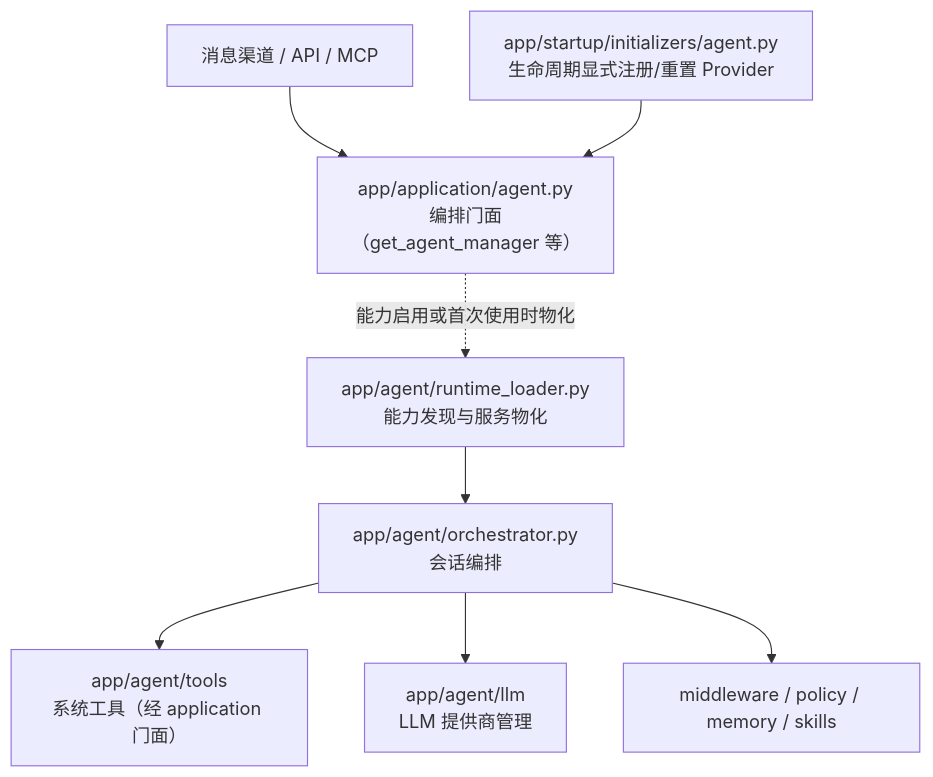
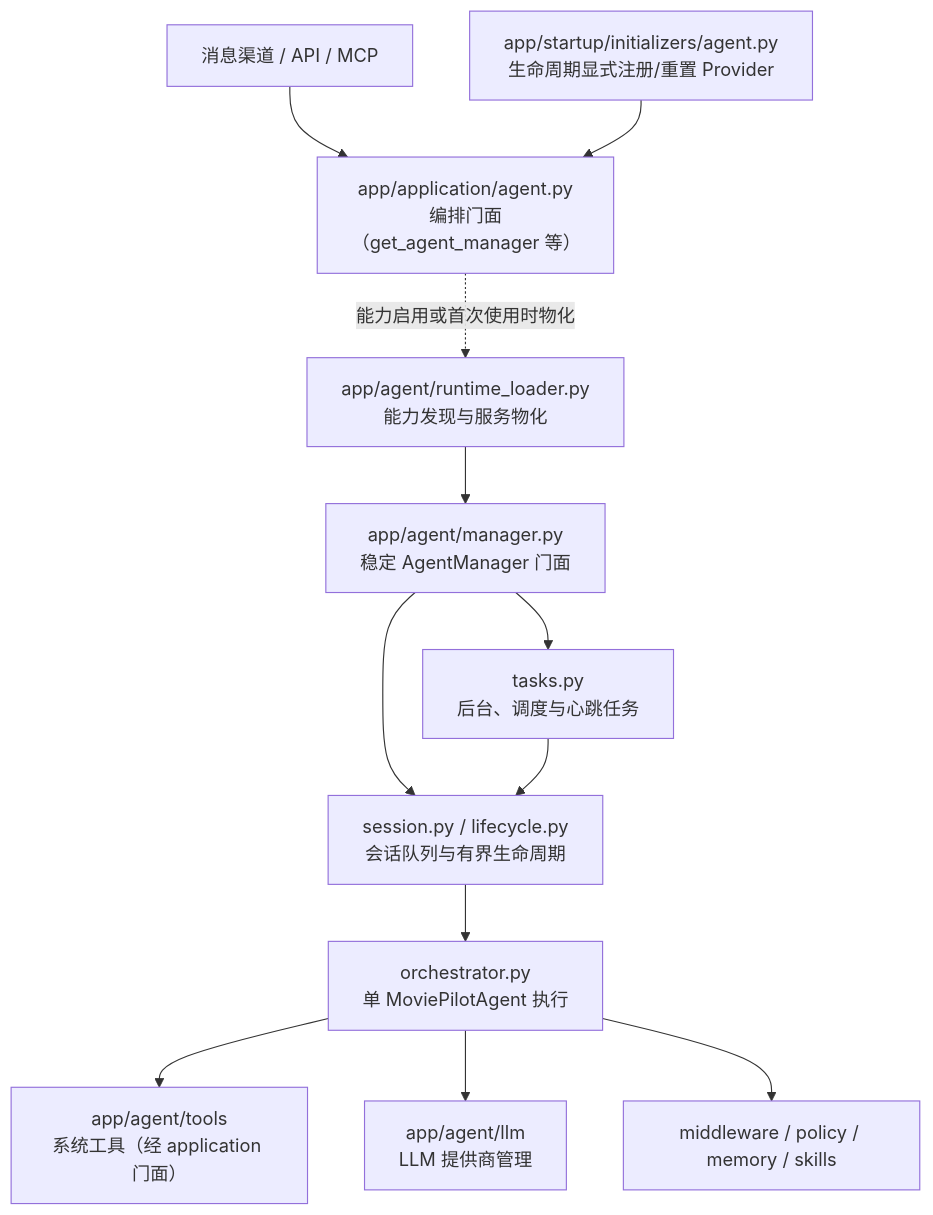
Before and after one commit to jxxghp/MoviePilot: diagram 12 of 14 in docs/architecture-overview.md, drawn with Mermaid. The commit also changed other lines of this file and 23 other files, not shown here.

Commit message:
refactor(agent): split manager runtime owners

````diff
--- a/docs/architecture-overview.md
+++ b/docs/architecture-overview.md
@@ -575,13 +575,17 @@
 ```mermaid
 flowchart TB
     Entry["消息渠道 / API / MCP"] --> Facade["app/application/agent.py<br/>编排门面（get_agent_manager 等）"]
     Reg["app/startup/initializers/agent.py<br/>生命周期显式注册/重置 Provider"]
     Reg --> Facade
     Facade -.能力启用或首次使用时物化.-> RT["app/agent/runtime_loader.py<br/>能力发现与服务物化"]
-    RT --> ORC["app/agent/orchestrator.py<br/>会话编排"]
+    RT --> Manager["app/agent/manager.py<br/>稳定 AgentManager 门面"]
+    Manager --> Session["session.py / lifecycle.py<br/>会话队列与有界生命周期"]
+    Manager --> Tasks["tasks.py<br/>后台、调度与心跳任务"]
+    Session --> ORC["orchestrator.py<br/>单 MoviePilotAgent 执行"]
+    Tasks --> Session
     ORC --> Tools["app/agent/tools<br/>系统工具（经 application 门面）"]
     ORC --> LLM["app/agent/llm<br/>LLM 提供商管理"]
     ORC --> MW["middleware / policy / memory / skills"]
 
     style Facade fill:#eef
 ```
````
